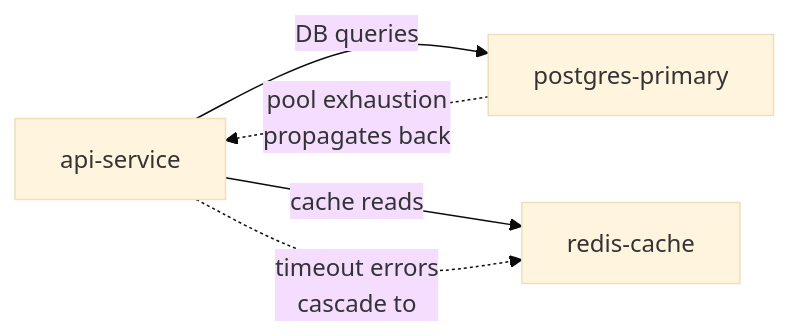
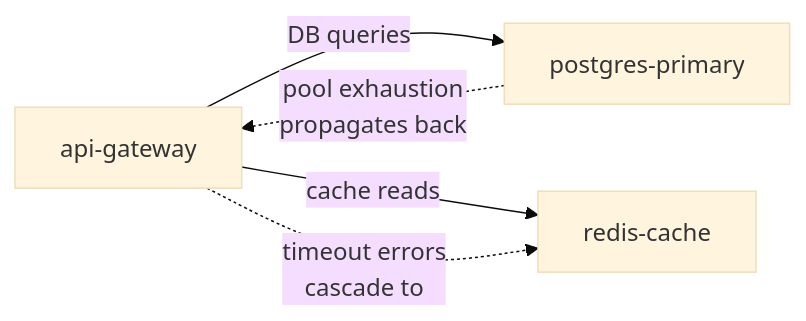
Before and after one commit to seerflow/seerflow-guide: the diagram in docs/correlation/graph-structural.md, drawn with Mermaid (base theme). The commit also changed other lines of this file and 5 other files, not shown here.

First line of the commit message:
fix(SEE-187): align service name with Ops Primer — api-service → api-gateway [S-176]

````diff
--- a/docs/correlation/graph-structural.md
+++ b/docs/correlation/graph-structural.md
@@ -16,7 +16,7 @@
     ```mermaid
     graph LR
-        A[api-service] -->|DB queries| B[postgres-primary]
+        A[api-gateway] -->|DB queries| B[postgres-primary]
         A -->|cache reads| C[redis-cache]
         B -.->|pool exhaustion<br/>propagates back| A
         A -.->|timeout errors<br/>cascade to| C
     ```
````
